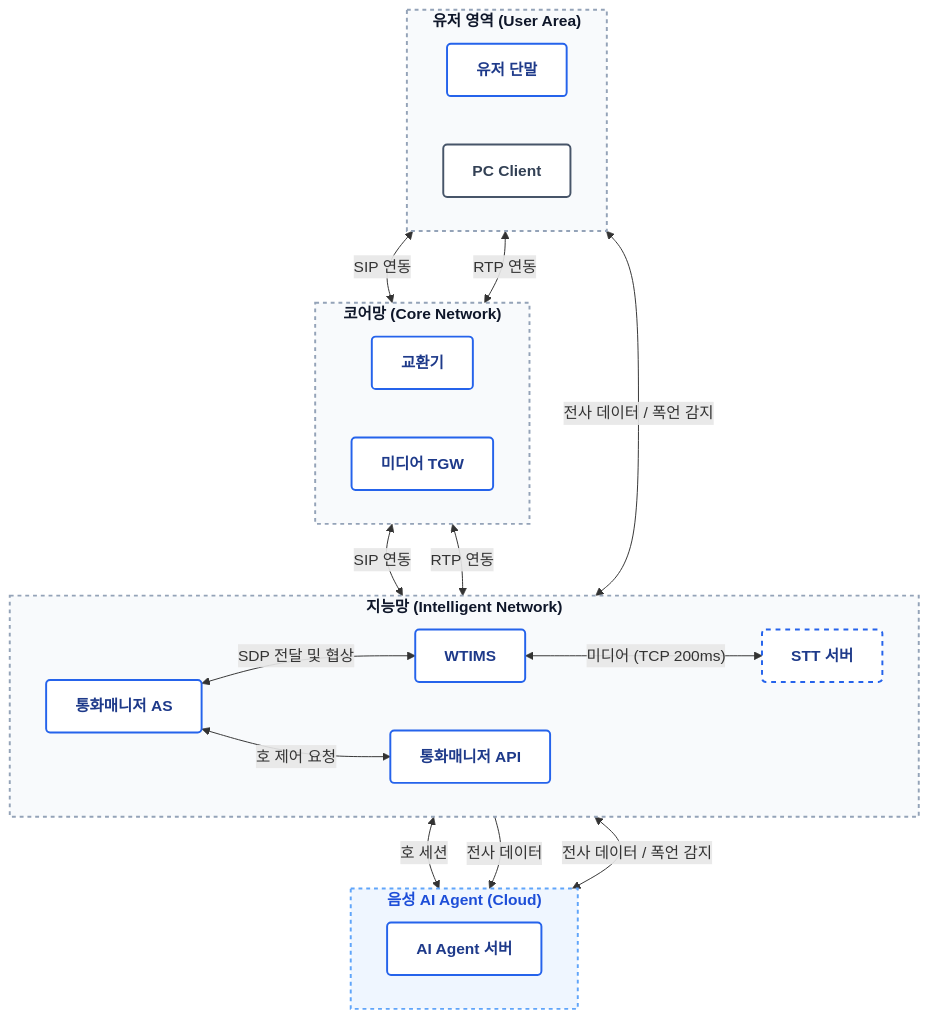
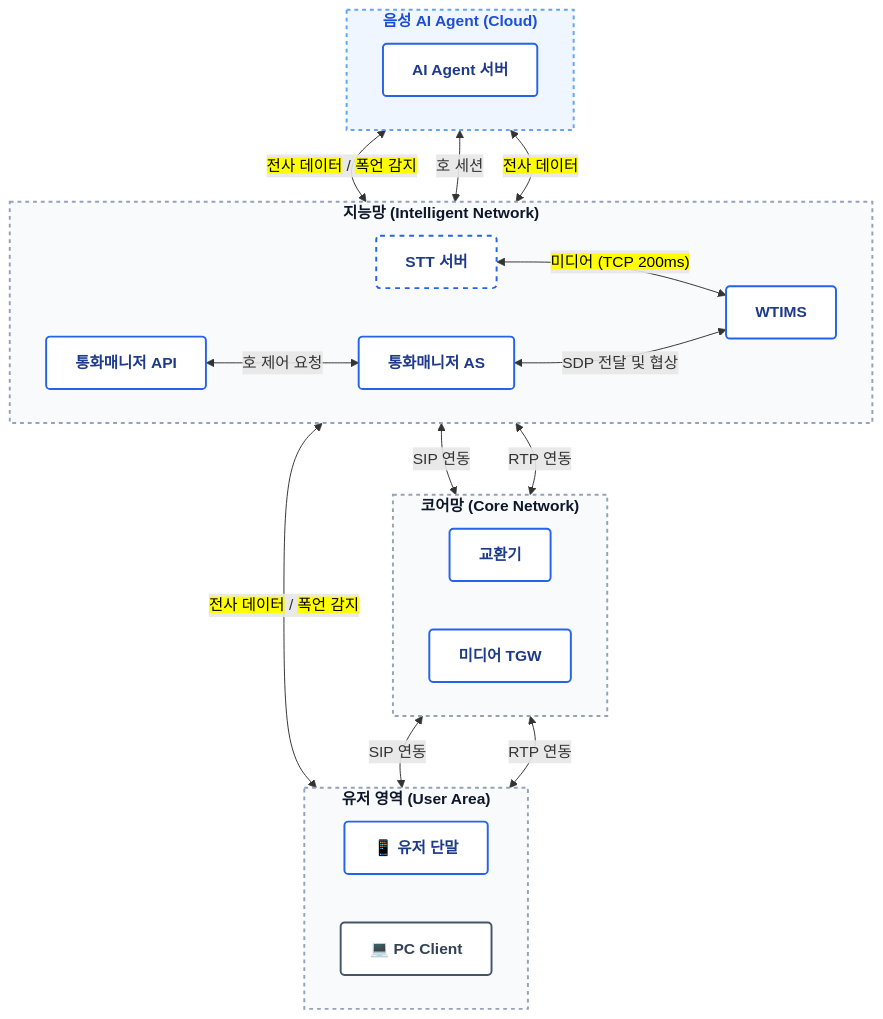
Before and after one commit to hak023/sip_pbx: the diagram in docs/architecture/stt-agent-integration-in-stt.md, drawn with Mermaid. The commit also changed 1 other file, not shown here.

Commit message:
docs: flip diagram layout (cloud on top) and add icons/highlights

````diff
--- a/docs/architecture/stt-agent-integration-in-stt.md
+++ b/docs/architecture/stt-agent-integration-in-stt.md
@@ -4,60 +4,65 @@
 ```mermaid
 graph TD
     %% 스타일 정의 (블루 & 화이트 컨설팅 펌 테마)
     classDef default fill:#ffffff,stroke:#cbd5e1,stroke-width:1px,color:#334155,font-family:sans-serif;
     classDef layerBox fill:#f8fafc,stroke:#94a3b8,stroke-width:2px,stroke-dasharray: 4 4,color:#0f172a,font-weight:bold;
     classDef cloudBox fill:#eff6ff,stroke:#60a5fa,stroke-width:2px,stroke-dasharray: 4 4,color:#1d4ed8,font-weight:bold;
     classDef nodeBox fill:#ffffff,stroke:#2563eb,stroke-width:2px,color:#1e3a8a,font-weight:bold,rx:4px,ry:4px;
     classDef dashedNodeBox fill:#ffffff,stroke:#2563eb,stroke-width:2px,stroke-dasharray: 5 5,color:#1e3a8a,font-weight:bold,rx:4px,ry:4px;
     classDef clientBox fill:#ffffff,stroke:#475569,stroke-width:2px,color:#334155,font-weight:bold,rx:4px,ry:4px;
 
     %% 계층별 Subgraph
     subgraph User_Area ["유저 영역 (User Area)"]
         direction LR
-        UserTerminal["유저 단말"]:::nodeBox
-        PCClient["PC Client"]:::clientBox
+        UserTerminal["📱 유저 단말"]:::nodeBox
+        PCClient["💻 PC Client"]:::clientBox
     end
 
     subgraph Core_Network ["코어망 (Core Network)"]
         direction LR
         Switch["교환기"]:::nodeBox
         MediaTGW["미디어 TGW"]:::nodeBox
     end
 
     subgraph Intelligent_Network ["지능망 (Intelligent Network)"]
         direction LR
         CallManagerAS["통화매니저 AS"]:::nodeBox
         WTIMS["WTIMS"]:::nodeBox
         CallManagerAPI["통화매니저 API"]:::nodeBox
         STTServer["STT 서버"]:::dashedNodeBox
     end
 
     subgraph Cloud_Agent ["음성 AI Agent (Cloud)"]
         direction LR
         AIAgent["AI Agent 서버"]:::nodeBox
     end
 
-    %% 연결선 및 프로토콜 흐름
-    UserTerminal <-->|SIP 연동| Switch
-    UserTerminal <-->|RTP 연동| MediaTGW
+    %% 연결선 및 프로토콜 흐름 (위에서 아래로: Cloud -> Intelligent -> Core -> User)
     
-    Switch <-->|SIP 연동| CallManagerAS
-    MediaTGW <-->|RTP 연동| WTIMS
+    %% Cloud <-> Intelligent
+    AIAgent <-->|"<mark>전사 데이터</mark> / <mark>폭언 감지</mark>"| CallManagerAPI
+    AIAgent <-->|호 세션| CallManagerAS
+    AIAgent <-->|"<mark>전사 데이터</mark>"| STTServer
     
+    %% Intelligent 내부
+    STTServer <-->|"<mark>미디어 (TCP 200ms)</mark>"| WTIMS
+    CallManagerAPI <-->|호 제어 요청| CallManagerAS
     CallManagerAS <-->|SDP 전달 및 협상| WTIMS
     
-    CallManagerAS <-->|호 세션| AIAgent
-    WTIMS <-->|"미디어 (TCP 200ms)"| STTServer
+    %% Intelligent <-> Core
+    CallManagerAS <-->|SIP 연동| Switch
+    WTIMS <-->|RTP 연동| MediaTGW
     
-    STTServer -->|전사 데이터| AIAgent
+    %% Core <-> User
+    Switch <-->|SIP 연동| UserTerminal
+    MediaTGW <-->|RTP 연동| UserTerminal
     
-    CallManagerAPI <-->|전사 데이터 / 폭언 감지| AIAgent
-    CallManagerAS <-->|호 제어 요청| CallManagerAPI
-    PCClient <-->|전사 데이터 / 폭언 감지| CallManagerAPI
+    %% Intelligent <-> User
+    CallManagerAPI <-->|"<mark>전사 데이터</mark> / <mark>폭언 감지</mark>"| PCClient
 
     %% 서브그래프 스타일 적용
     class User_Area layerBox;
     class Core_Network layerBox;
     class Intelligent_Network layerBox;
     class Cloud_Agent cloudBox;
 ```
````
